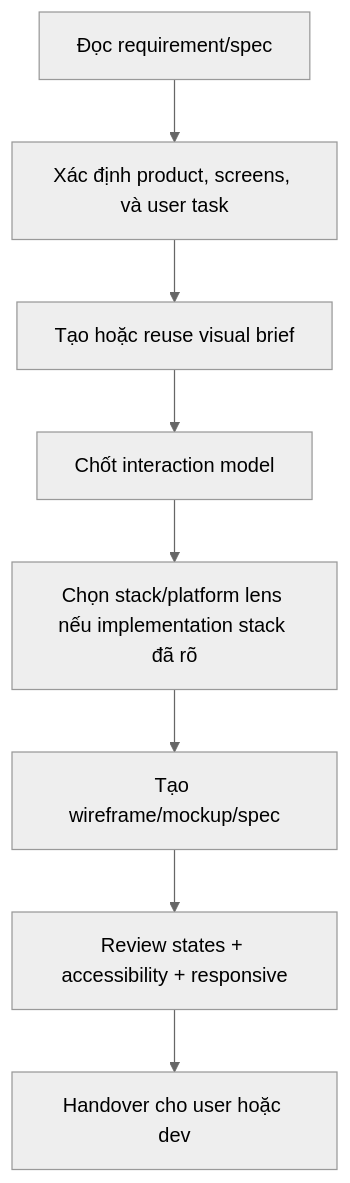
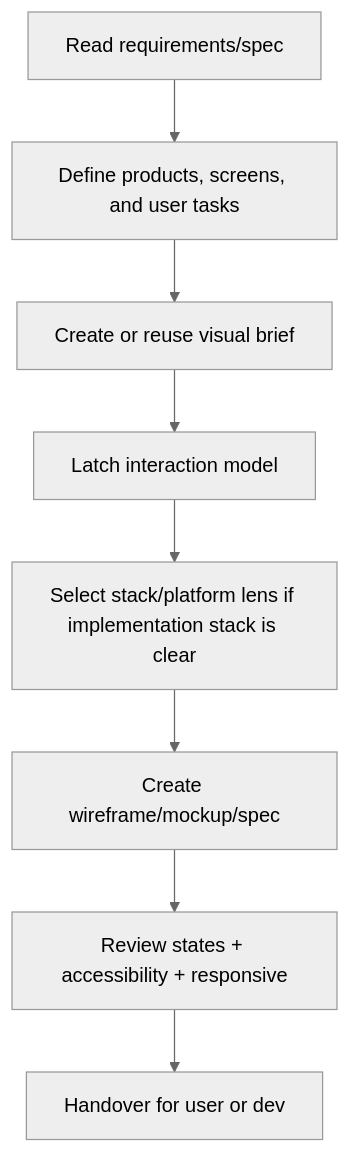
Before and after one commit to nguyenphat57/forge: the diagram in packages/forge-core/workflows/design/visualize.md, drawn with Mermaid (neutral theme). The commit also changed other lines of this file and 82 other files, not shown here.

````diff
--- a/packages/forge-core/workflows/design/visualize.md
+++ b/packages/forge-core/workflows/design/visualize.md
@@ -56,10 +56,10 @@
 ```mermaid
 flowchart TD
-    A[Đọc requirement/spec] --> B[Xác định product, screens, và user task]
-    B --> C[Tạo hoặc reuse visual brief]
-    C --> D[Chốt interaction model]
-    D --> E[Chọn stack/platform lens nếu implementation stack đã rõ]
-    E --> F[Tạo wireframe/mockup/spec]
+    A[Read requirements/spec] --> B[Define products, screens, and user tasks]
+    B --> C[Create or reuse visual brief]
+    C --> D[Latch interaction model]
+    D --> E[Select stack/platform lens if implementation stack is clear]
+    E --> F[Create wireframe/mockup/spec]
     F --> G[Review states + accessibility + responsive]
-    G --> H[Handover cho user hoặc dev]
+    G --> H[Handover for user or dev]
 ```
````
